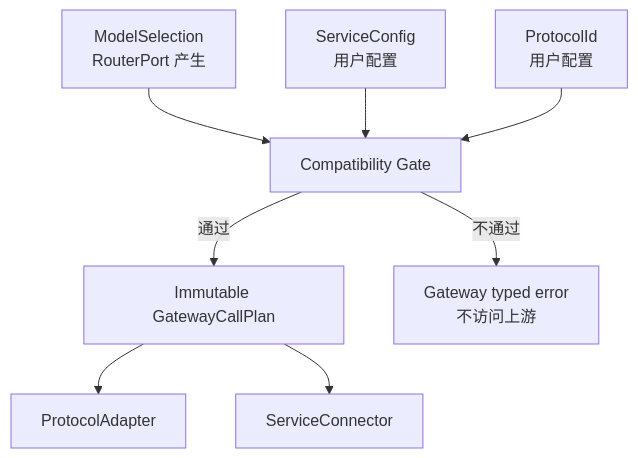
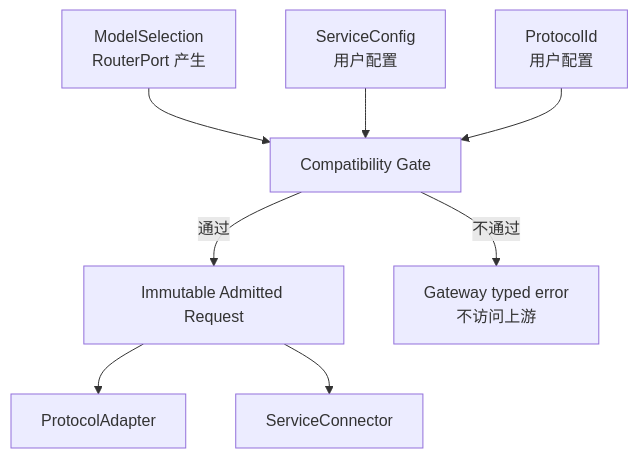
One commit to bushihelmy-crypto/motev2 changed the second of 3 diagrams in mote-runtime/gateway/architecture.md. Above: the diagram before and after it, drawn with Mermaid. The commit also changed other lines of this file and 188 other files, not shown here.

Commit message:
refactor(gateway): consolidate admission architecture

````diff
--- a/mote-runtime/gateway/architecture.md
+++ b/mote-runtime/gateway/architecture.md
@@ -210,16 +219,16 @@
 ```mermaid
 flowchart TB
     M[ModelSelection<br/>RouterPort 产生]
     S[ServiceConfig<br/>用户配置]
     P[ProtocolId<br/>用户配置]
 
     M --> C[Compatibility Gate]
     S --> C
     P --> C
 
-    C -->|通过| E[Immutable GatewayCallPlan]
+    C -->|通过| E[Immutable Admitted Request]
     C -->|不通过| F[Gateway typed error<br/>不访问上游]
 
     E --> PA[ProtocolAdapter]
     E --> SC[ServiceConnector]
 ```
````
